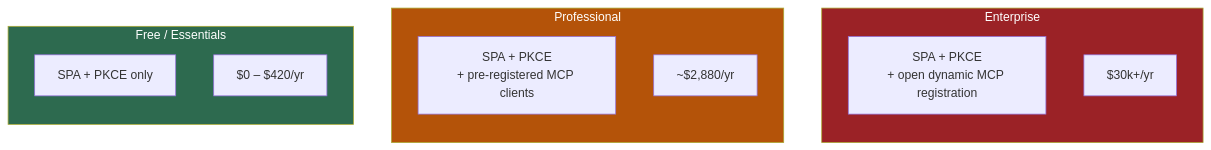
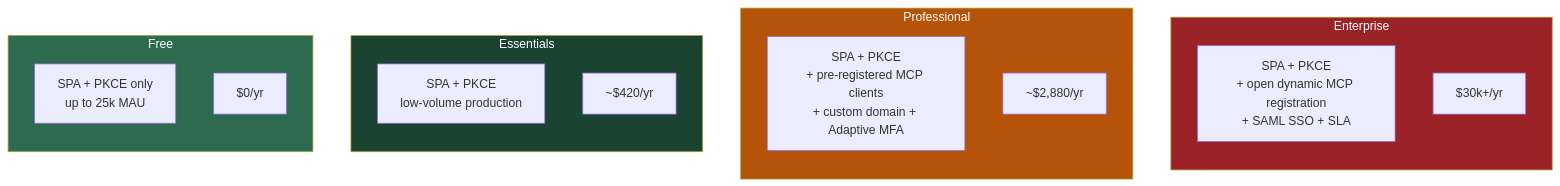
Before and after one commit to Andegawen/BuildOAuth0Spa: the eighth of 8 diagrams in docs/compareAuthorisationCodePKCE-vsMCP_Auth.md, drawn with Mermaid. The commit also changed other lines of this file, not shown here.

````diff
--- a/docs/compareAuthorisationCodePKCE-vsMCP_Auth.md
+++ b/docs/compareAuthorisationCodePKCE-vsMCP_Auth.md
@@ -292,26 +338,33 @@
 ```mermaid
 flowchart LR
-    subgraph FREE["Free / Essentials"]
+    subgraph FREE["Free"]
         direction TB
-        F1["SPA + PKCE only"]
-        F2["$0 – $420/yr"]
+        F1["SPA + PKCE only<br/>up to 25k MAU"]
+        F2["$0/yr"]
+    end
+
+    subgraph ESS["Essentials"]
+        direction TB
+        S1["SPA + PKCE<br/>low-volume production"]
+        S2["~$420/yr"]
     end
 
     subgraph PRO["Professional"]
         direction TB
-        P1["SPA + PKCE<br/>+ pre-registered MCP clients"]
+        P1["SPA + PKCE<br/>+ pre-registered MCP clients<br/>+ custom domain + Adaptive MFA"]
         P2["~$2,880/yr"]
     end
 
     subgraph ENT["Enterprise"]
         direction TB
-        E1["SPA + PKCE<br/>+ open dynamic MCP registration"]
+        E1["SPA + PKCE<br/>+ open dynamic MCP registration<br/>+ SAML SSO + SLA"]
         E2["$30k+/yr"]
     end
 
-    FREE ~~~ PRO ~~~ ENT
+    FREE ~~~ ESS ~~~ PRO ~~~ ENT
 
     style FREE fill:#2d6a4f,color:#fff
+    style ESS fill:#1b4332,color:#fff
     style PRO fill:#b45309,color:#fff
     style ENT fill:#9b2226,color:#fff
 ```
````
